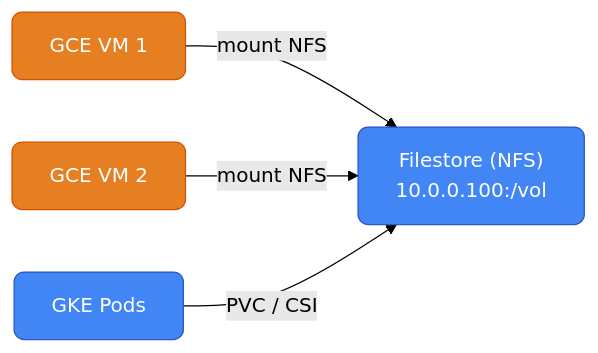
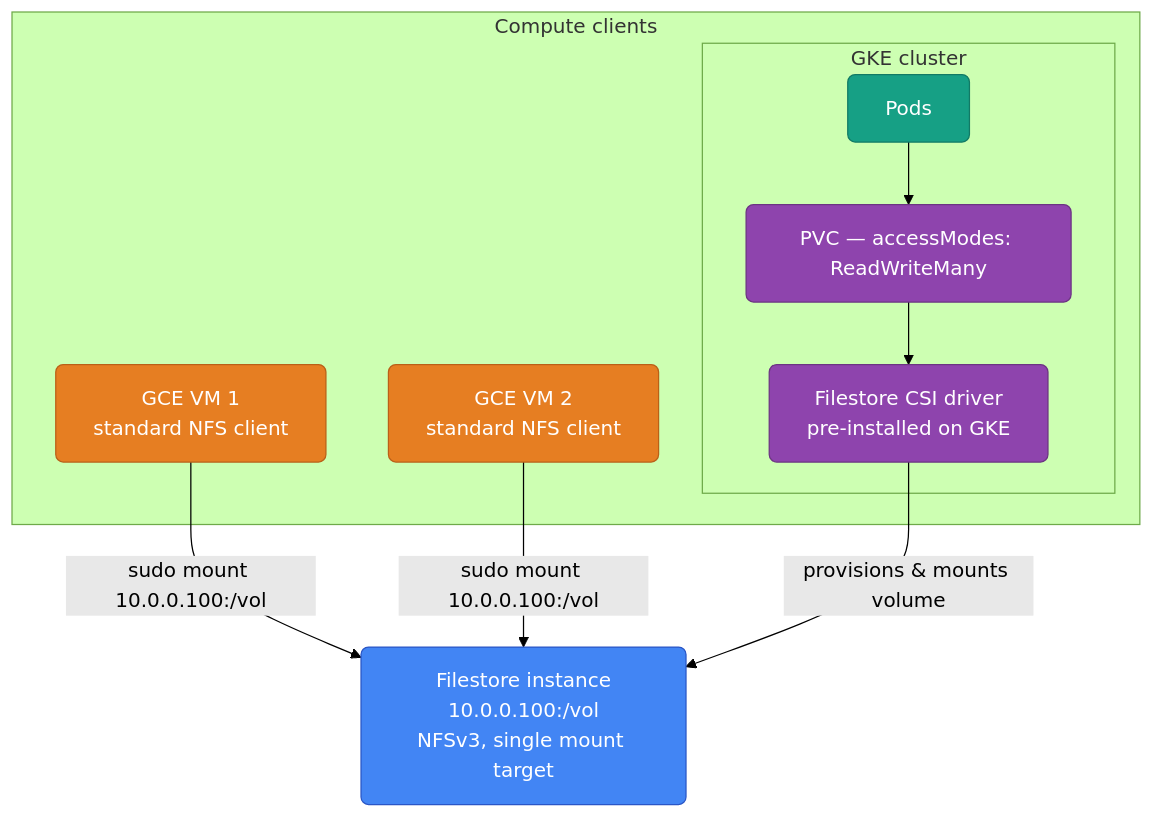
One commit to deepanshu-rawat6/DevOpsIndex changed the fourth of 5 diagrams in gcp/storage.md. Above: the diagram before and after it, drawn with Mermaid (forest theme). The commit also changed other lines of this file and 14 other files, not shown here.

````diff
--- a/gcp/storage.md
+++ b/gcp/storage.md
@@ -262,14 +464,24 @@
 ```mermaid
-graph LR
-    classDef gcp fill:#4285f4,stroke:#2a56c6,color:#fff,rx:8
-    classDef orange fill:#e67e22,stroke:#d35400,color:#fff,rx:8
+graph TD
+    classDef compute fill:#e67e22,stroke:#ba6018,color:#fff,rx:6
+    classDef gke fill:#16a085,stroke:#117a65,color:#fff,rx:6
+    classDef fs fill:#4285f4,stroke:#2a56c6,color:#fff,rx:6
+    classDef csi fill:#8e44ad,stroke:#6c3483,color:#fff,rx:6
 
-    VM1["GCE VM 1"]:::orange
-    VM2["GCE VM 2"]:::orange
-    GKE["GKE Pods"]:::gcp
-    FS["Filestore (NFS)\n10.0.0.100:/vol"]:::gcp
+    subgraph CLIENTS["Compute clients"]
+        VM1["GCE VM 1<br/>standard NFS client"]:::compute
+        VM2["GCE VM 2<br/>standard NFS client"]:::compute
+        subgraph GKENS["GKE cluster"]
+            POD["Pods"]:::gke
+            PVC["PVC — accessModes: ReadWriteMany"]:::csi
+            CSI["Filestore CSI driver<br/>pre-installed on GKE"]:::csi
+            POD --> PVC --> CSI
+        end
+    end
 
-    VM1 -->|mount NFS| FS
-    VM2 -->|mount NFS| FS
-    GKE -->|PVC / CSI| FS
+    FS["Filestore instance<br/>10.0.0.100:/vol<br/>NFSv3, single mount target"]:::fs
+
+    VM1 -->|"sudo mount 10.0.0.100:/vol"| FS
+    VM2 -->|"sudo mount 10.0.0.100:/vol"| FS
+    CSI -->|"provisions & mounts volume"| FS
 ```
````
